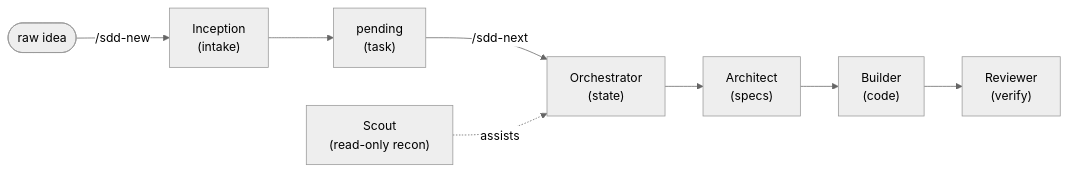
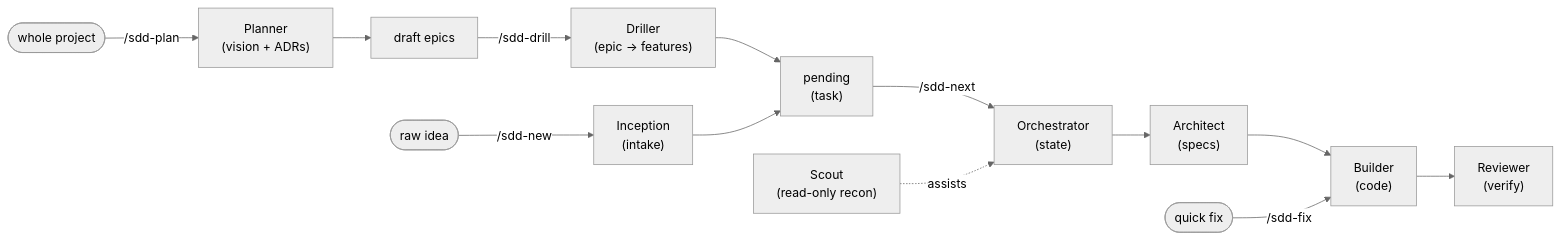
The diagram in README.md (araozmd/harness-sdd), drawn with Mermaid (neutral theme) before and after one commit. The commit also changed 1 other file, not shown here.

Commit message:
📝 Document all five /sdd-* commands in README + INSTALL
The README flow diagram only showed /sdd-new and /sdd-next, and the
INSTALL.md file tree listed only {sdd-next,sdd-new}. Add the planning
tier (/sdd-plan, /sdd-drill) and fix lane (/sdd-fix) so docs match the
five commands the installer generates (harness-install.sh:228).

Docs-only — no VERSION bump (installed body unchanged).

````diff
--- a/README.md
+++ b/README.md
@@ -16,10 +16,18 @@
 ```mermaid
 flowchart LR
+    project(["whole project"]) -->|/sdd-plan| Planner["Planner<br/>(vision + ADRs)"]
+    Planner --> draft["draft epics"]
+    draft -->|/sdd-drill| Driller["Driller<br/>(epic → features)"]
+    Driller --> pending
+
     idea(["raw idea"]) -->|/sdd-new| Inception["Inception<br/>(intake)"]
     Inception --> pending["pending<br/>(task)"]
+
     pending -->|/sdd-next| Orchestrator["Orchestrator<br/>(state)"]
     Orchestrator --> Architect["Architect<br/>(specs)"]
     Architect --> Builder["Builder<br/>(code)"]
     Builder --> Reviewer["Reviewer<br/>(verify)"]
     Scout["Scout<br/>(read-only recon)"] -.assists.-> Orchestrator
+
+    fix(["quick fix"]) -->|/sdd-fix| Builder
 ```
````
